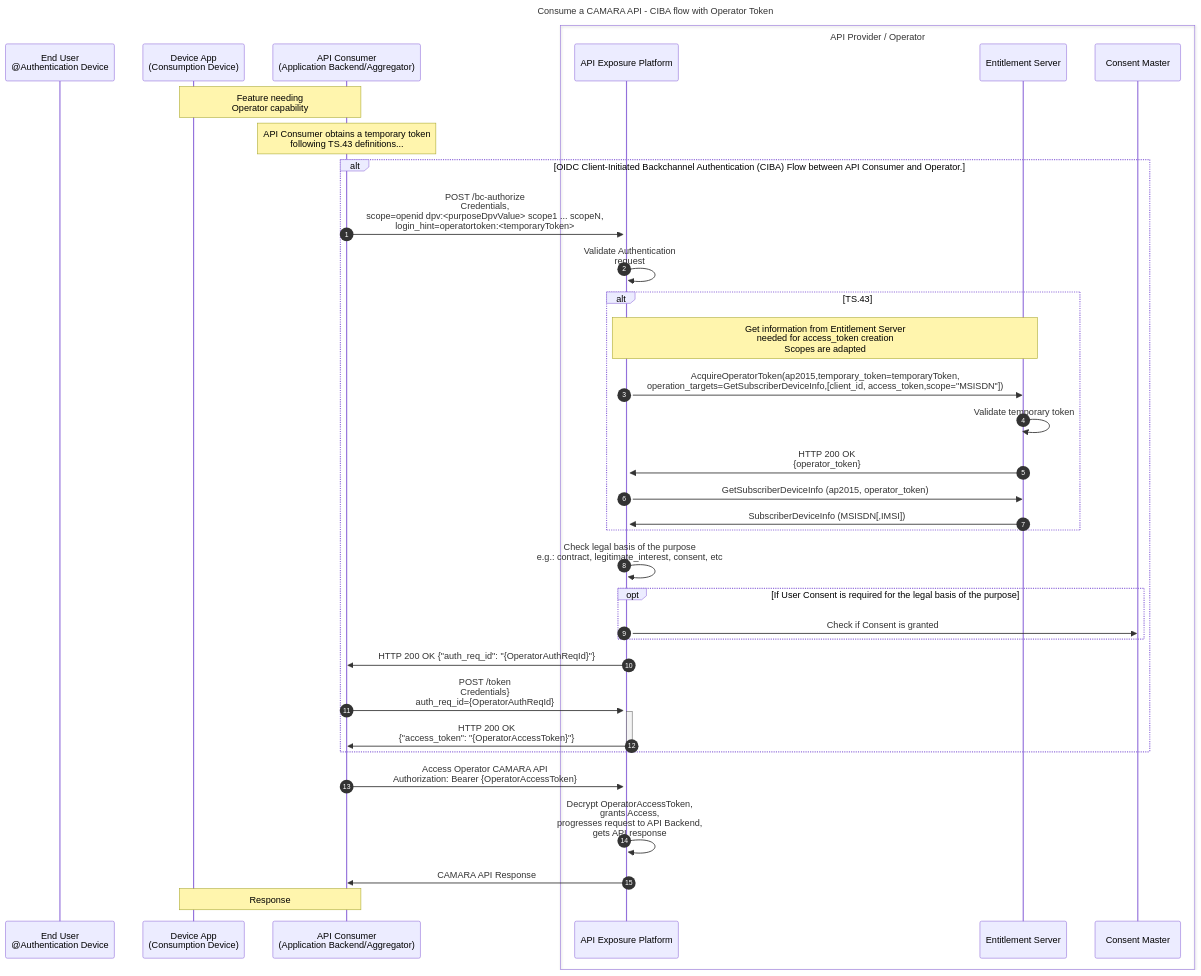
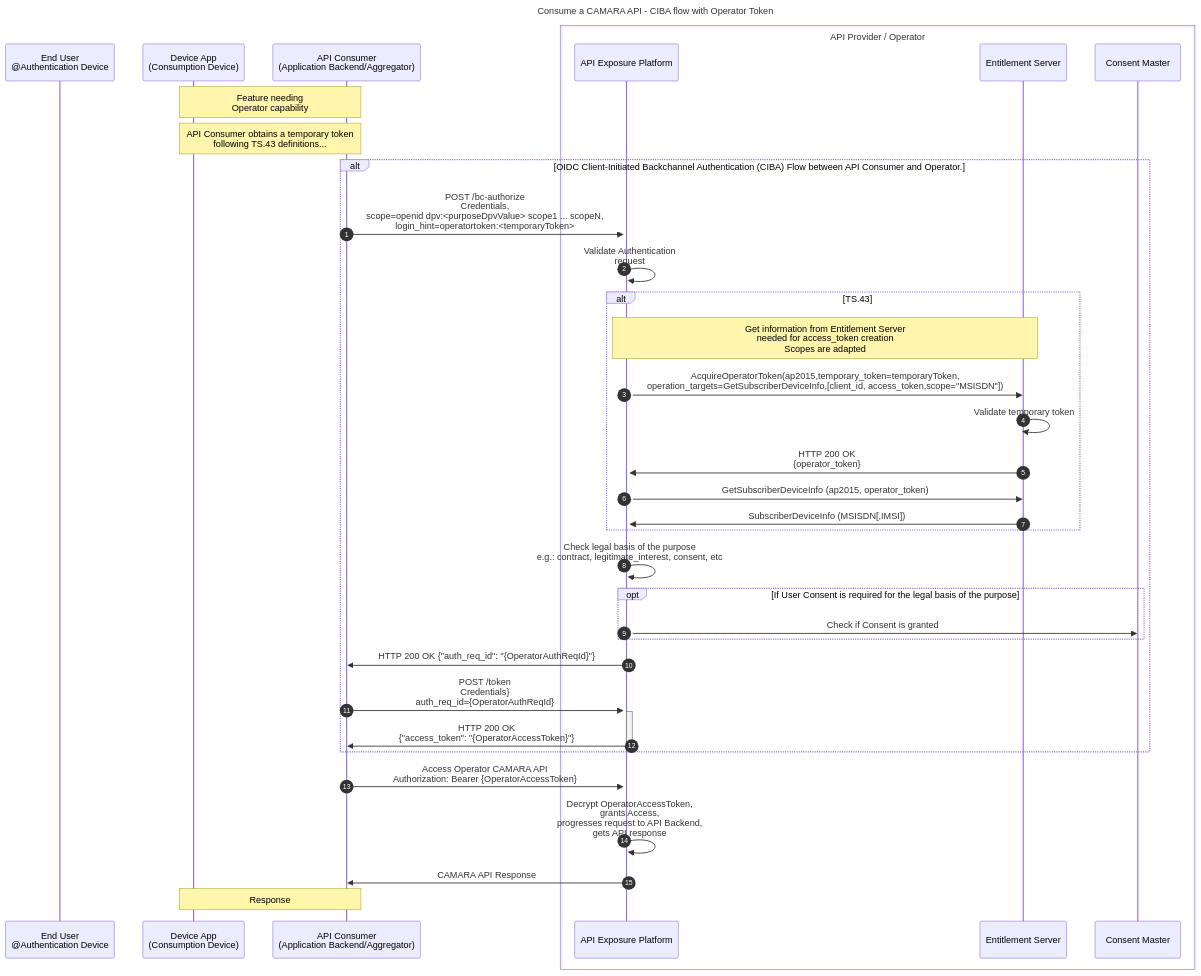
The third of 5 diagrams in documentation/CAMARA-API-access-and-user-consent.md (camaraproject/IdentityAndConsentManagement), drawn with Mermaid before and after one commit. The commit also changed other lines of this file, not shown here.

````diff
--- a/documentation/CAMARA-API-access-and-user-consent.md
+++ b/documentation/CAMARA-API-access-and-user-consent.md
@@ -299,40 +299,40 @@
 ```mermaid
 sequenceDiagram
 autonumber
 title Consume a CAMARA API - CIBA flow with Operator Token
 participant User as End User<br>@Authentication Device
 participant FE as Device App<br>(Consumption Device)
 participant BE as API Consumer<br>(Application Backend/Aggregator)  
 box API Provider / Operator
   participant ExpO as API Exposure Platform
   participant ES as Entitlement Server  
   participant Consent as Consent Master
 end
 
 Note over FE,BE: Feature needing<br>Operator capability  
-Note over BE: API Consumer obtains a temporary token<br>following TS.43 definitions...  
+Note over FE,BE: API Consumer obtains a temporary token<br>following TS.43 definitions...  
 
 alt OIDC Client-Initiated Backchannel Authentication (CIBA) Flow between API Consumer and Operator.
   BE->>+ExpO: POST /bc-authorize<br>Credentials,<br>scope=openid dpv:<purposeDpvValue> scope1 ... scopeN,<br>login_hint=operatortoken:<temporaryToken>    
   ExpO->>ExpO: Validate Authentication<br>request
   alt TS.43
     Note over ExpO,ES: Get information from Entitlement Server<br> needed for access_token creation<br>Scopes are adapted
     ExpO->>ES: AcquireOperatorToken(ap2015,temporary_token=temporaryToken,<br>operation_targets=GetSubscriberDeviceInfo,[client_id, access_token,scope="MSISDN"]) 
     ES->>ES: Validate temporary token
     ES->>ExpO: HTTP 200 OK <br>{operator_token}
     ExpO->>ES: GetSubscriberDeviceInfo (ap2015, operator_token) 
     ES->>ExpO: SubscriberDeviceInfo (MSISDN[,IMSI])
   end
   ExpO->>ExpO: Check legal basis of the purpose<br> e.g.: contract, legitimate_interest, consent, etc
   opt If User Consent is required for the legal basis of the purpose  
     ExpO->>Consent: Check if Consent is granted
   end
   ExpO->>BE: HTTP 200 OK {"auth_req_id": "{OperatorAuthReqId}"}
   BE->>+ExpO: POST /token <br>Credentials}<br>auth_req_id={OperatorAuthReqId}    
   ExpO->>-BE: HTTP 200 OK <br>{"access_token": "{OperatorAccessToken}"} 
 end
 BE->>ExpO: Access Operator CAMARA API<br>Authorization: Bearer {OperatorAccessToken}    
 ExpO->>ExpO: Decrypt OperatorAccessToken,<br>grants Access,<br>progresses request to API Backend,<br>gets API response  
 ExpO->>BE: CAMARA API Response
 Note over BE,FE: Response
 ```
````
